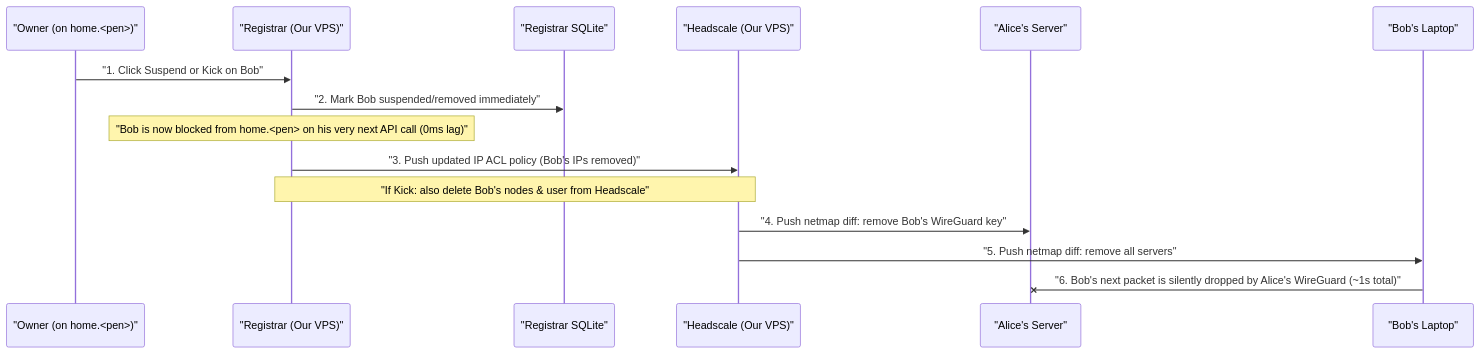
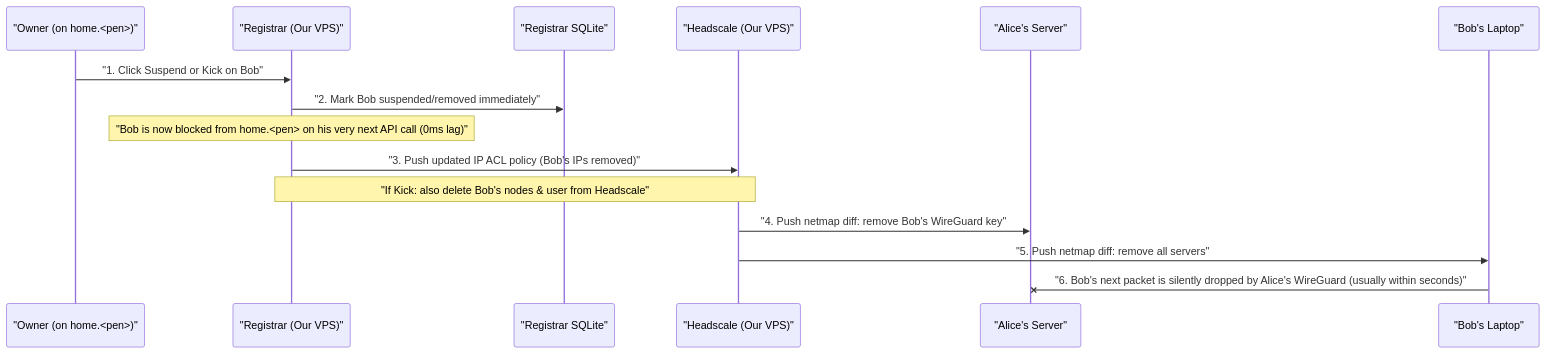
One commit to celtiberi/hogman changed the fourth of 4 diagrams in docs/how-hogman-works.md. Above: the diagram before and after it, drawn with Mermaid. The commit also changed other lines of this file, not shown here.

````diff
--- a/docs/how-hogman-works.md
+++ b/docs/how-hogman-works.md
@@ -136,18 +137,18 @@
 ```mermaid
 sequenceDiagram
     participant Owner as "Owner (on home.<pen>)"
     participant Reg as "Registrar (Our VPS)"
     participant SQLite as "Registrar SQLite"
     participant HS as "Headscale (Our VPS)"
     participant Alice as "Alice's Server"
     participant Bob as "Bob's Laptop"
 
     Owner->>Reg: "1. Click Suspend or Kick on Bob"
     Reg->>SQLite: "2. Mark Bob suspended/removed immediately"
     Note over Reg: "Bob is now blocked from home.<pen> on his very next API call (0ms lag)"
     Reg->>HS: "3. Push updated IP ACL policy (Bob's IPs removed)"
     Note over Reg,HS: "If Kick: also delete Bob's nodes & user from Headscale"
     HS->>Alice: "4. Push netmap diff: remove Bob's WireGuard key"
     HS->>Bob: "5. Push netmap diff: remove all servers"
-    Bob-xAlice: "6. Bob's next packet is silently dropped by Alice's WireGuard (~1s total)"
+    Bob-xAlice: "6. Bob's next packet is silently dropped by Alice's WireGuard (usually within seconds)"
 ```
````
